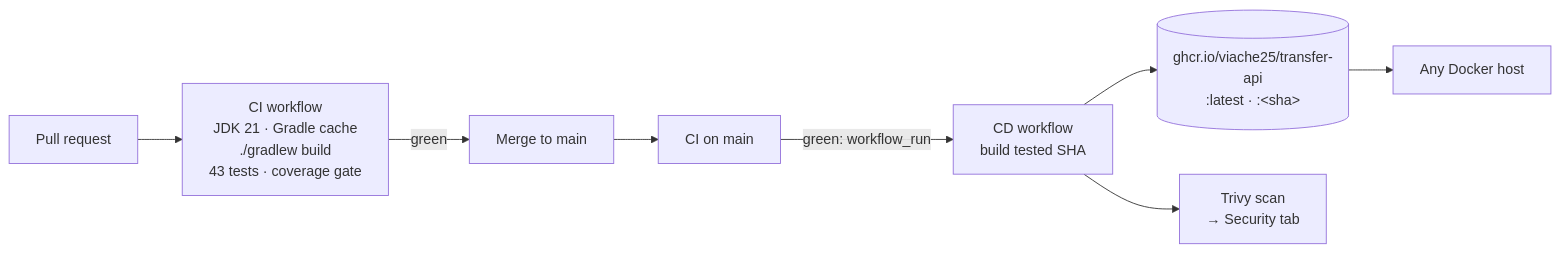
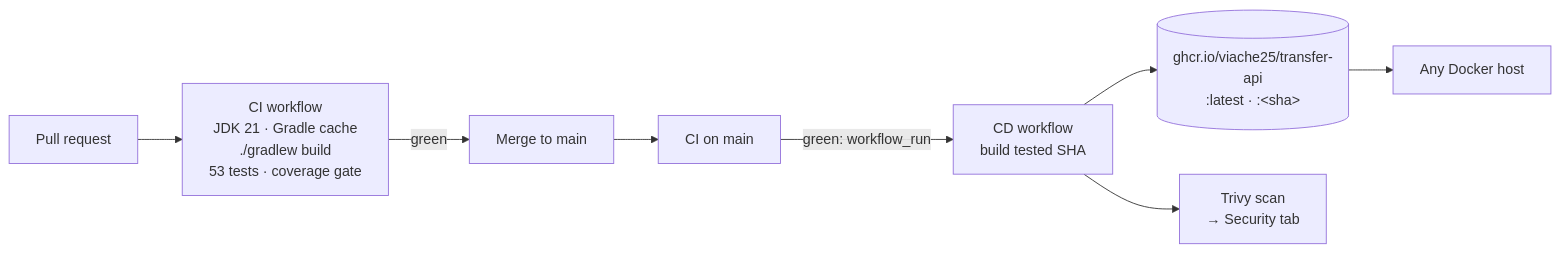
One commit to viache25/transfer-api changed the third of 3 diagrams in README.md. Above: the diagram before and after it, drawn with Mermaid. The commit also changed other lines of this file and 10 other files, not shown here.

````diff
--- a/README.md
+++ b/README.md
@@ -327,10 +330,10 @@
 ```mermaid
 flowchart LR
-    PR[Pull request] --> CI["CI workflow<br/>JDK 21 · Gradle cache<br/>./gradlew build<br/>43 tests · coverage gate"]
+    PR[Pull request] --> CI["CI workflow<br/>JDK 21 · Gradle cache<br/>./gradlew build<br/>53 tests · coverage gate"]
     CI -->|green| M[Merge to main]
     M --> CI2["CI on main"]
     CI2 -->|green: workflow_run| CD["CD workflow<br/>build tested SHA"]
     CD --> R[("ghcr.io/viache25/transfer-api<br/>:latest · :&lt;sha&gt;")]
     CD --> T["Trivy scan<br/>→ Security tab"]
     R --> S[Any Docker host]
 ```
````
